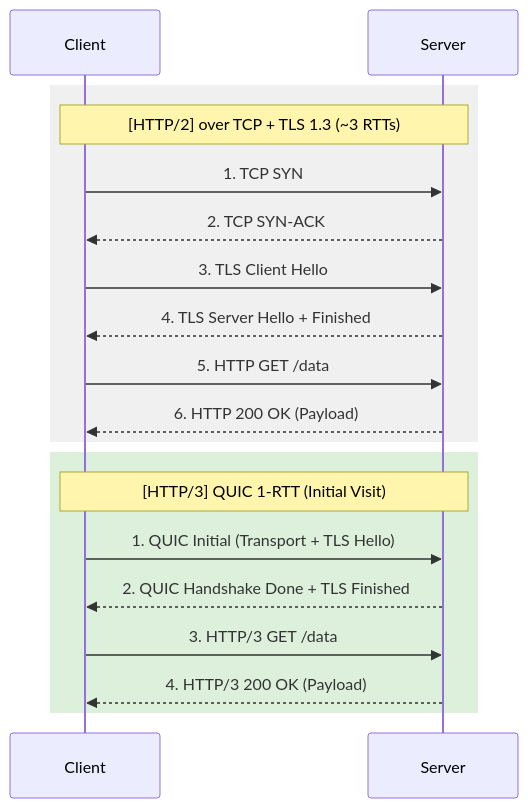
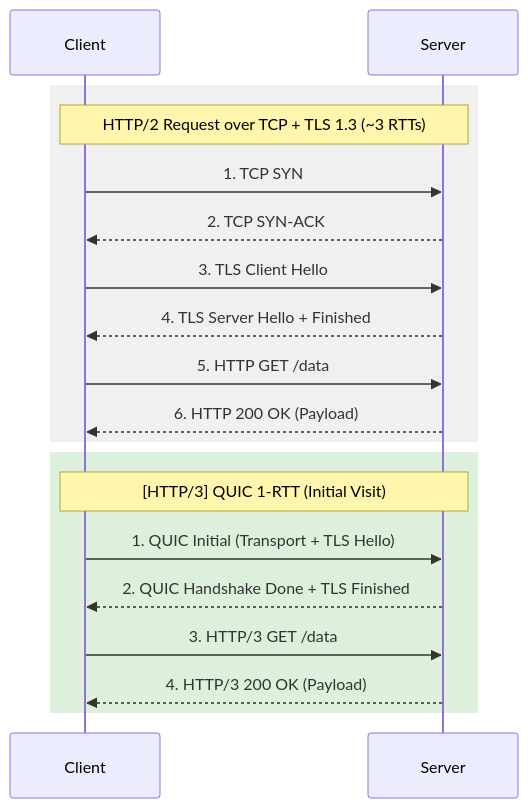
One commit to wenkey-gm/quicup-evaluation changed the diagram in docs/mermaid/quic_comparision.mmd. Above: the diagram before and after it, drawn with Mermaid. The commit also changed 5 other files, not shown here.

```diff
--- a/docs/mermaid/quic_comparision.mmd
+++ b/docs/mermaid/quic_comparision.mmd
@@ -1,21 +1,21 @@
 sequenceDiagram
     participant C as Client
     participant S as Server
 
     rect rgb(240, 240, 240)
-        Note over C, S: [HTTP/2] over TCP + TLS 1.3 (~3 RTTs)
+        Note over C, S: HTTP/2 Request over TCP + TLS 1.3 (~3 RTTs)
         C->>S: 1. TCP SYN
         S-->>C: 2. TCP SYN-ACK
         C->>S: 3. TLS Client Hello
         S-->>C: 4. TLS Server Hello + Finished
         C->>S: 5. HTTP GET /data
         S-->>C: 6. HTTP 200 OK (Payload)
     end
 
     rect rgb(220, 240, 220)
         Note over C, S: [HTTP/3] QUIC 1-RTT (Initial Visit)
         C->>S: 1. QUIC Initial (Transport + TLS Hello)
         S-->>C: 2. QUIC Handshake Done + TLS Finished
         C->>S: 3. HTTP/3 GET /data
         S-->>C: 4. HTTP/3 200 OK (Payload)
     end
```
